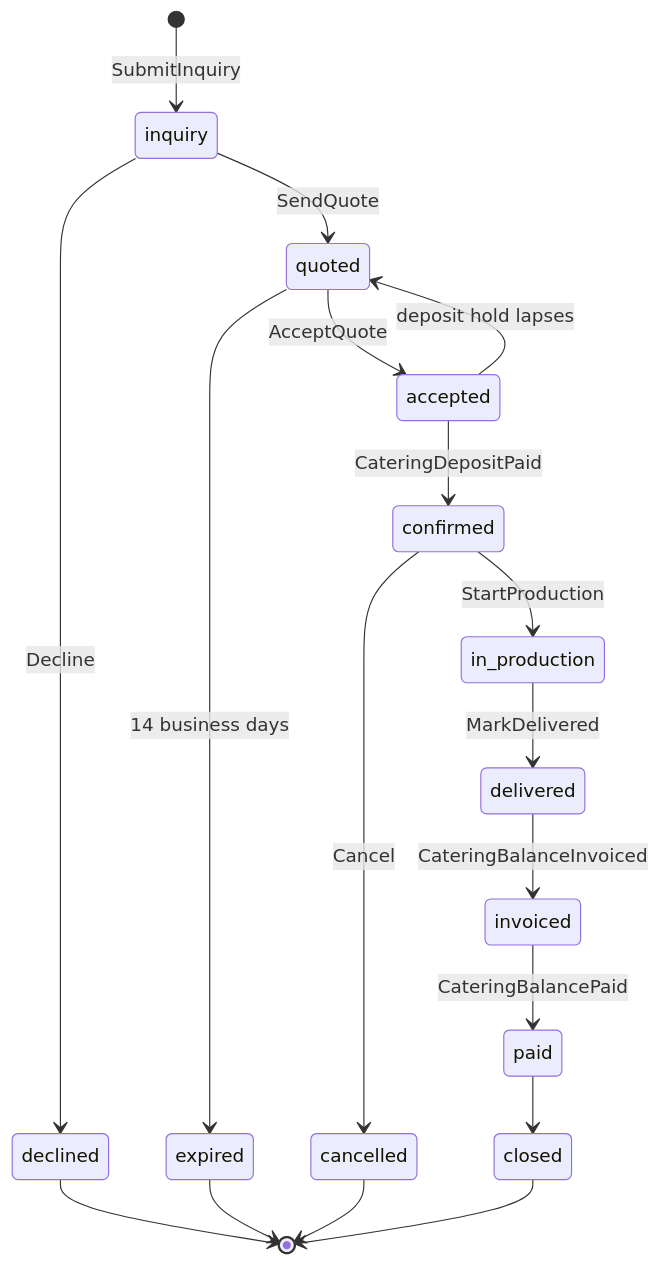
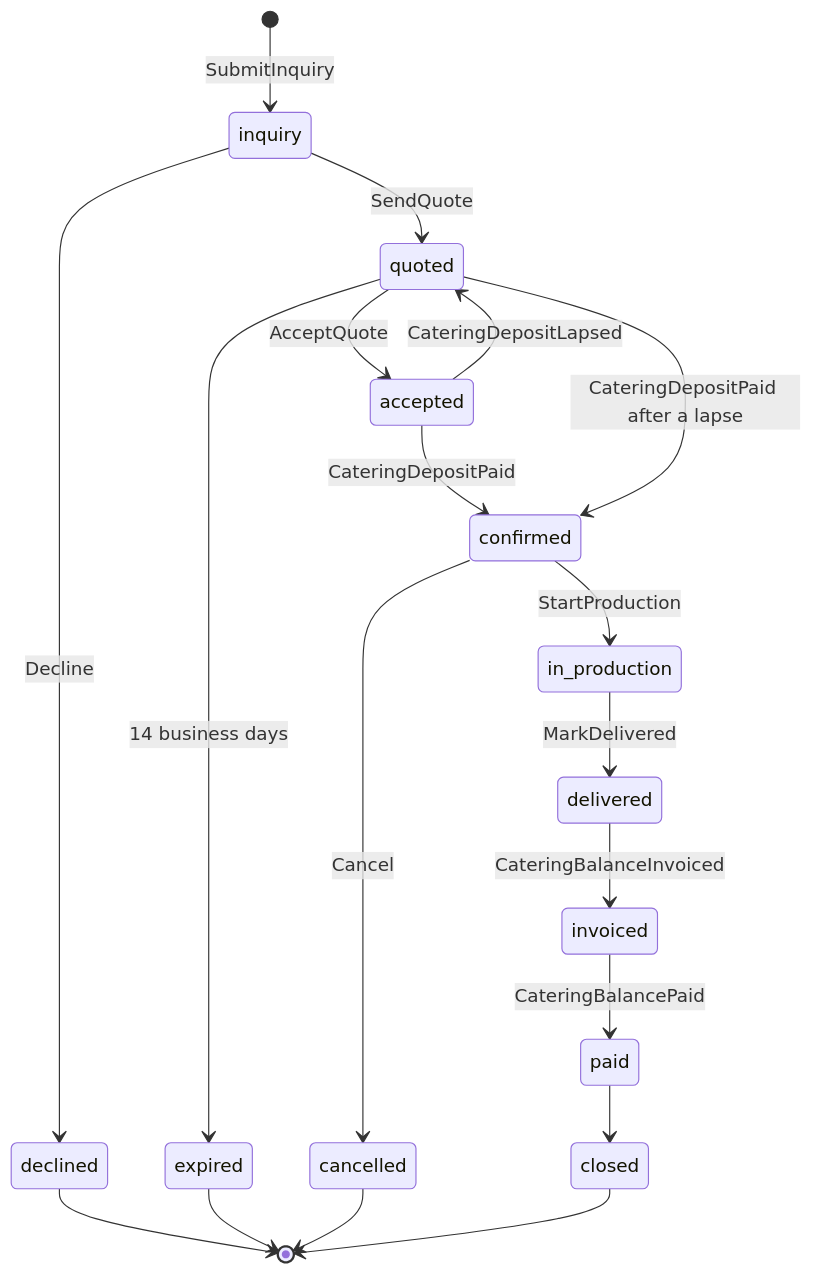
Before and after one commit to IHaveASegway/bakery: the second of 6 diagrams in docs/domain.md, drawn with Mermaid. The commit also changed other lines of this file and 6 other files, not shown here.

````diff
--- a/docs/domain.md
+++ b/docs/domain.md
@@ -152,20 +153,21 @@
 ```mermaid
 stateDiagram-v2
   [*] --> inquiry: SubmitInquiry
   inquiry --> quoted: SendQuote
   inquiry --> declined: Decline
   quoted --> accepted: AcceptQuote
   quoted --> expired: 14 business days
-  accepted --> quoted: deposit hold lapses
+  accepted --> quoted: CateringDepositLapsed
   accepted --> confirmed: CateringDepositPaid
+  quoted --> confirmed: CateringDepositPaid after a lapse
   confirmed --> cancelled: Cancel
   confirmed --> in_production: StartProduction
   in_production --> delivered: MarkDelivered
   delivered --> invoiced: CateringBalanceInvoiced
   invoiced --> paid: CateringBalancePaid
   paid --> closed
   declined --> [*]
   expired --> [*]
   cancelled --> [*]
   closed --> [*]
 ```
````
